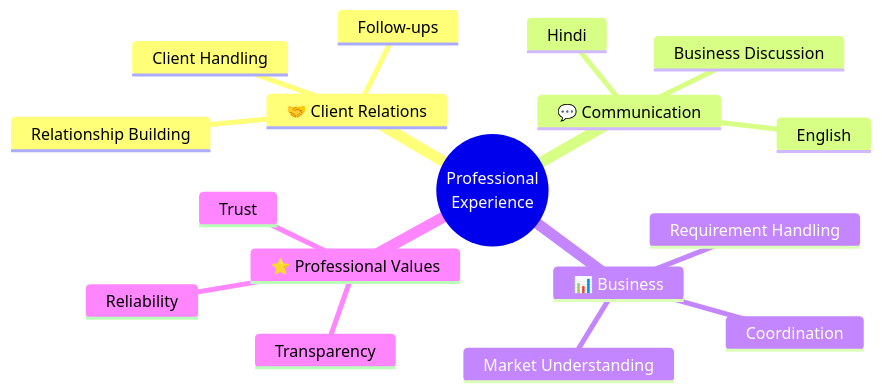
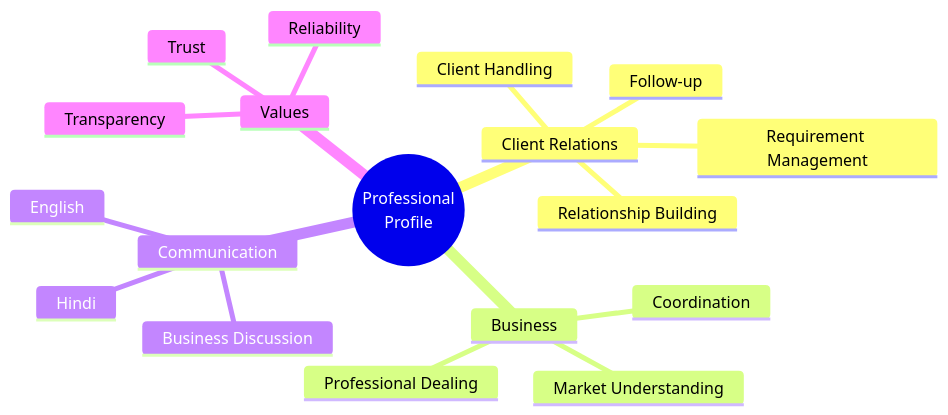
Before and after one commit to TeamZelmo/TeamZelmo: the second of 2 diagrams in README.md, drawn with Mermaid. The commit also changed other lines of this file, not shown here.

````diff
--- a/README.md
+++ b/README.md
@@ -122,20 +123,21 @@
-```mermaid
+```mermaid id="j4z7yx"
 mindmap
-  root((Professional<br/>Experience))
-    🤝 Client Relations
+  root((Professional<br/>Profile))
+    Client Relations
       Client Handling
-      Follow-ups
+      Requirement Management
+      Follow-up
       Relationship Building
-    💬 Communication
+    Business
+      Market Understanding
+      Coordination
+      Professional Dealing
+    Communication
       English
       Hindi
       Business Discussion
-    📊 Business
-      Market Understanding
-      Requirement Handling
-      Coordination
-    ⭐ Professional Values
+    Values
       Trust
       Transparency
       Reliability
 ```
````
